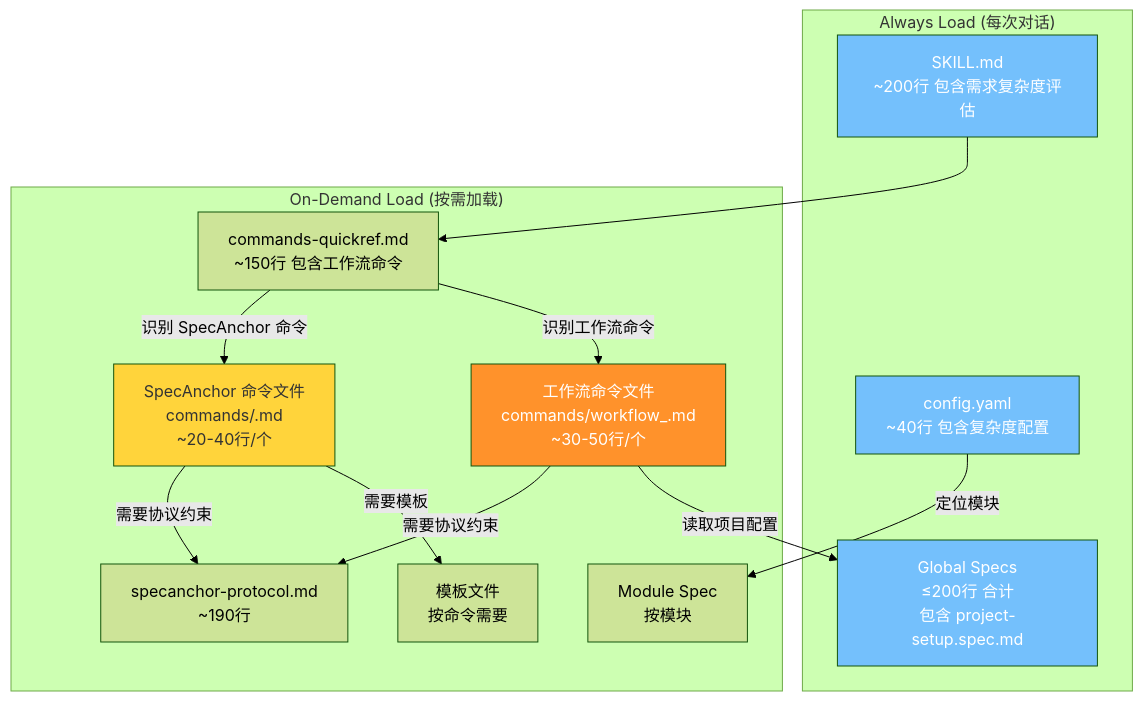
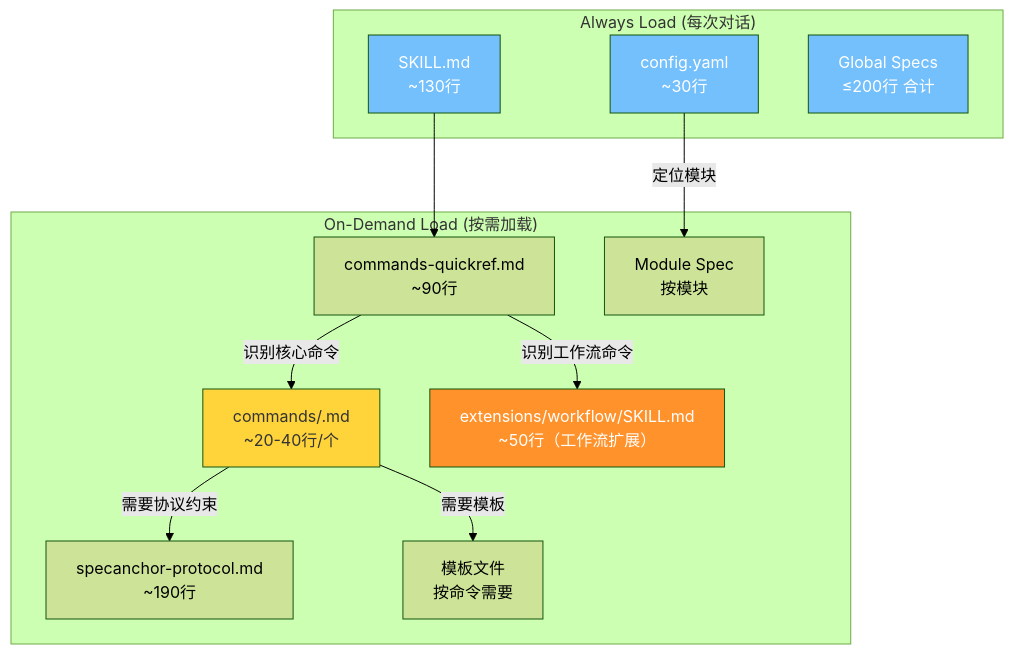
Before and after one commit to linziyanleo/spec-anchor: the fifth of 6 diagrams in FLOWCHART.md, drawn with Mermaid (forest theme). The commit also changed other lines of this file and 1 other file, not shown here.

First line of the commit message:
docs: 更新 README 和 FLOWCHART 适配 Extension 架构

````diff
--- a/FLOWCHART.md
+++ b/FLOWCHART.md
@@ -193,32 +113,30 @@
 ```mermaid
 flowchart TD
     subgraph "Always Load (每次对话)"
-        A1[SKILL.md<br/>~200行 包含需求复杂度评估]
-        A2[config.yaml<br/>~40行 包含复杂度配置]
-        A3[Global Specs<br/>≤200行 合计<br/>包含 project-setup.spec.md]
+        A1[SKILL.md<br/>~130行]
+        A2[config.yaml<br/>~30行]
+        A3[Global Specs<br/>≤200行 合计]
     end
 
     subgraph "On-Demand Load (按需加载)"
-        B1[commands-quickref.md<br/>~150行 包含工作流命令]
-        B2["SpecAnchor 命令文件<br/>commands/<cmd>.md<br/>~20-40行/个"]
-        B3["工作流命令文件<br/>commands/workflow_<cmd>.md<br/>~30-50行/个"]
-        B4[specanchor-protocol.md<br/>~190行]
-        B5[Module Spec<br/>按模块]
-        B6[模板文件<br/>按命令需要]
+        B1[commands-quickref.md<br/>~90行]
+        B2["commands/<cmd>.md<br/>~20-40行/个"]
+        B3[specanchor-protocol.md<br/>~190行]
+        B4[Module Spec<br/>按模块]
+        B5[模板文件<br/>按命令需要]
+        B6["extensions/workflow/SKILL.md<br/>~50行（工作流扩展）"]
     end
 
     A1 --> B1
-    B1 -->|识别 SpecAnchor 命令| B2
-    B1 -->|识别工作流命令| B3
-    B2 -->|需要协议约束| B4
-    B3 -->|需要协议约束| B4
-    A2 -->|定位模块| B5
-    B2 -->|需要模板| B6
-    B3 -->|读取项目配置| A3
+    B1 -->|识别核心命令| B2
+    B1 -->|识别工作流命令| B6
+    B2 -->|需要协议约束| B3
+    A2 -->|定位模块| B4
+    B2 -->|需要模板| B5
 
     style A1 fill:#74c0fc,color:#fff
     style A2 fill:#74c0fc,color:#fff
     style A3 fill:#74c0fc,color:#fff
     style B2 fill:#ffd43b,color:#333
-    style B3 fill:#ff922b,color:#fff
+    style B6 fill:#ff922b,color:#fff
 ```
````
